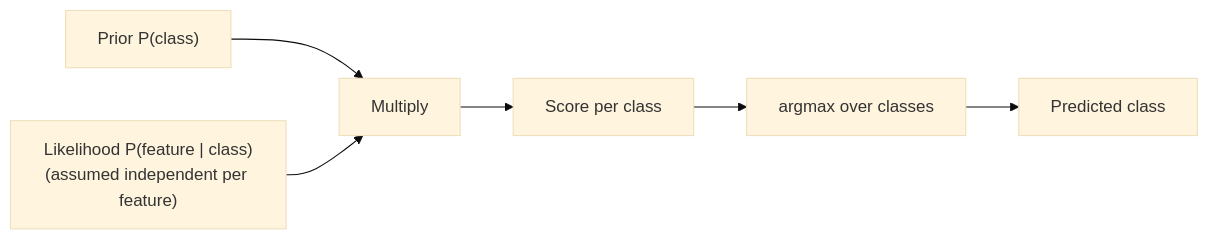
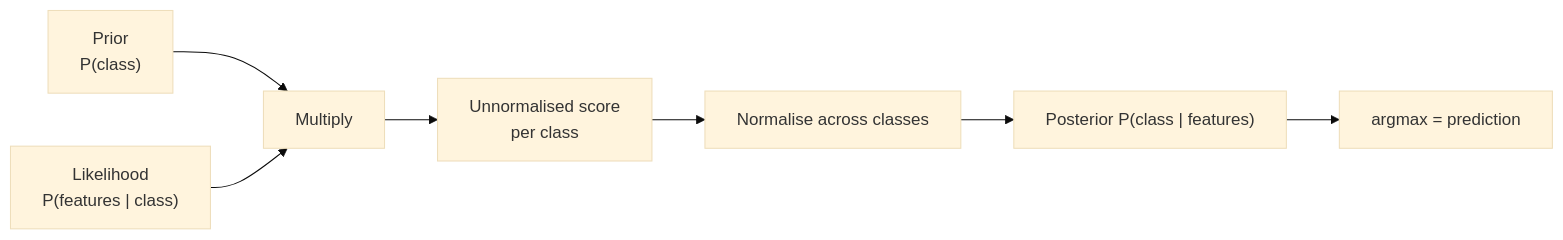
Before and after one commit to Ravikisha/PythonCentralHub: the diagram in src/content/docs/Machine Learning/Phase 04 - Supervised Learning - Classification/Naïve Bayes Classifier.mdx, drawn with Mermaid (base theme). The commit also changed other lines of this file and 1327 other files, not shown here.

````diff
--- a/src/content/docs/Machine Learning/Phase 04 - Supervised Learning - Classification/Naïve Bayes Classifier.mdx
+++ b/src/content/docs/Machine Learning/Phase 04 - Supervised Learning - Classification/Naïve Bayes Classifier.mdx
@@ -49,8 +35,9 @@
-```mermaid title="How Naïve Bayes decides" desc="Bayes theorem combines a class prior with per-feature likelihoods, multiplies them for every class, and picks the highest score."
+```mermaid
 flowchart LR
-  P["Prior P(class)"] --> M["Multiply"]
-  L["Likelihood P(feature | class)<br/>(assumed independent per feature)"] --> M
-  M --> S["Score per class"]
-  S --> A["argmax over classes"]
-  A --> Y["Predicted class"]
+  P["Prior<br/>P(class)"] --> M["Multiply"]
+  L["Likelihood<br/>P(features | class)"] --> M
+  M --> U["Unnormalised score<br/>per class"]
+  U --> N["Normalise across classes"]
+  N --> POST["Posterior P(class | features)"]
+  POST --> A["argmax = prediction"]
 ```
````
